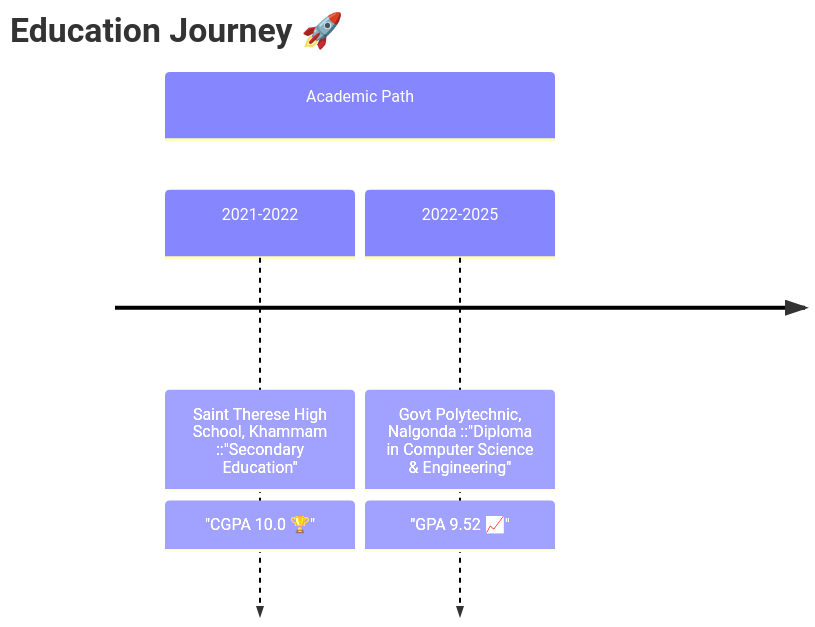
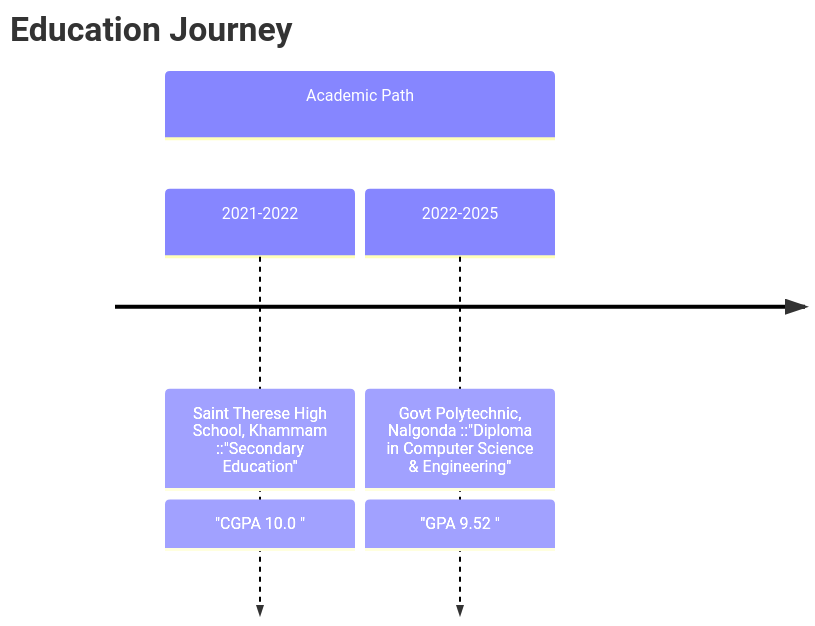
The diagram in README.md (goutham037/goutham037), drawn with Mermaid before and after one commit. The commit also changed other lines of this file, not shown here.

````diff
--- a/README.md
+++ b/README.md
@@ -43,40 +43,40 @@
 ```mermaid
 %%{init: { 
     'theme': 'base',
     'themeVariables': {
         'primaryColor': '#0f172a',
         'primaryBorderColor': '#00FFE0',
         'primaryTextColor': '#f8fafc',
         'lineColor': '#00FFE0',
         'tertiaryColor': '#1e293b',
         'fontFamily': 'Fira Code, monospace'
     },
     'themeCSS': `
         .timeline .section {
             fill: #0ea5e9 !important;
             stroke: none !important;
         }
         .timeline .label {
             font-weight: 700;
             text-transform: uppercase;
             letter-spacing: 1px;
         }
         .timeline .milestone {
             transform-box: fill-box;
             transform-origin: center;
             animation: pulse 2s infinite;
         }
         @keyframes pulse {
             0% { r: 6px; }
             50% { r: 8px; }
             100% { r: 6px; }
         }
     `
 }}%%
 timeline
-    title Education Journey 🚀
+    title Education Journey 
     section Academic Path
-    2021-2022 : Saint Therese High School, Khammam ::"Secondary Education" : "CGPA 10.0 🏆"
-    2022-2025 : Govt Polytechnic, Nalgonda ::"Diploma in Computer Science & Engineering" : "GPA 9.52 📈"
+    2021-2022 : Saint Therese High School, Khammam ::"Secondary Education" : "CGPA 10.0 "
+    2022-2025 : Govt Polytechnic, Nalgonda ::"Diploma in Computer Science & Engineering" : "GPA 9.52 "
 
 ```
````
